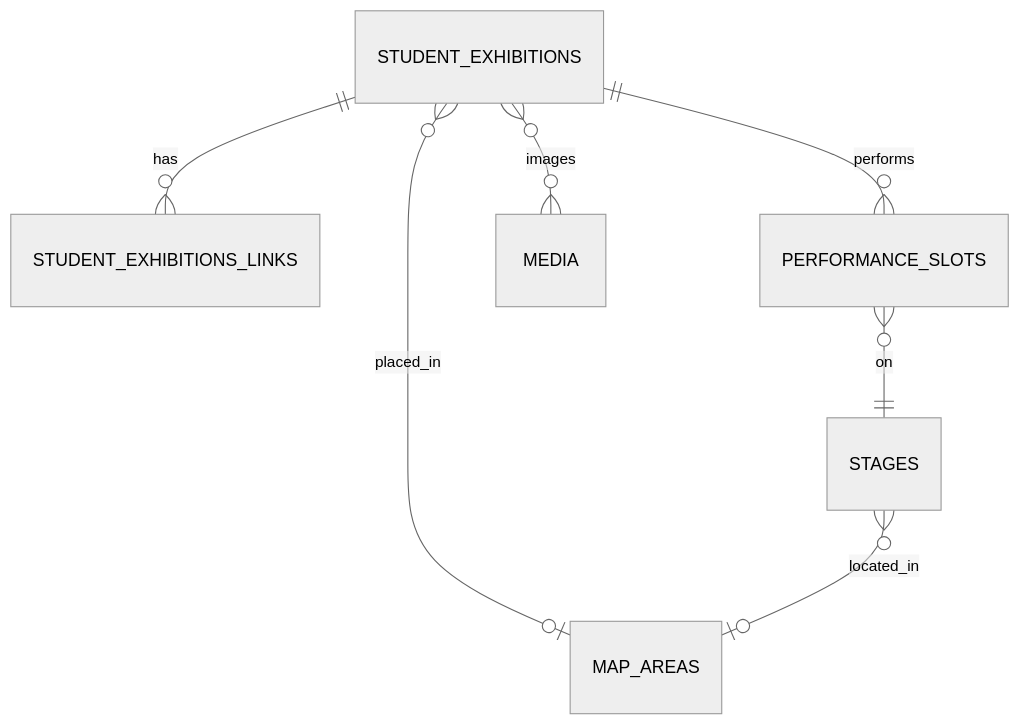
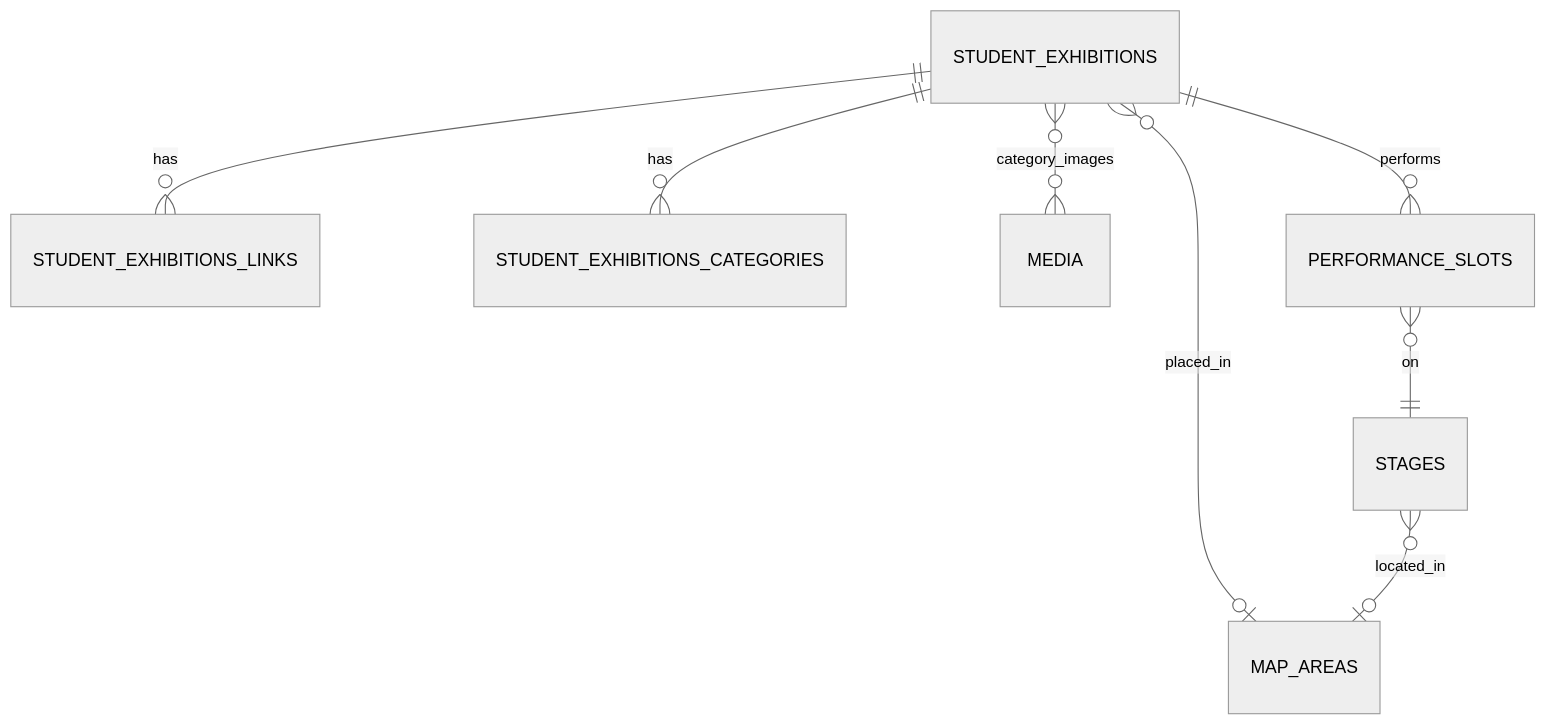
Before and after one commit to aramakisai/aramakisai-web: the fifth of 6 diagrams in .kiro/specs/exhibition-pages/design.md, drawn with Mermaid (neutral theme). The commit also changed other lines of this file and 2 other files, not shown here.

````diff
--- a/.kiro/specs/exhibition-pages/design.md
+++ b/.kiro/specs/exhibition-pages/design.md
@@ -679,9 +737,10 @@
 ```mermaid
 erDiagram
   STUDENT_EXHIBITIONS ||--o{ STUDENT_EXHIBITIONS_LINKS : has
+  STUDENT_EXHIBITIONS ||--o{ STUDENT_EXHIBITIONS_CATEGORIES : has
+  STUDENT_EXHIBITIONS }o--o{ MEDIA : category_images
   STUDENT_EXHIBITIONS }o--o| MAP_AREAS : placed_in
   STUDENT_EXHIBITIONS ||--o{ PERFORMANCE_SLOTS : performs
   PERFORMANCE_SLOTS }o--|| STAGES : on
   STAGES }o--o| MAP_AREAS : located_in
-  STUDENT_EXHIBITIONS }o--o{ MEDIA : images
 ```
````
